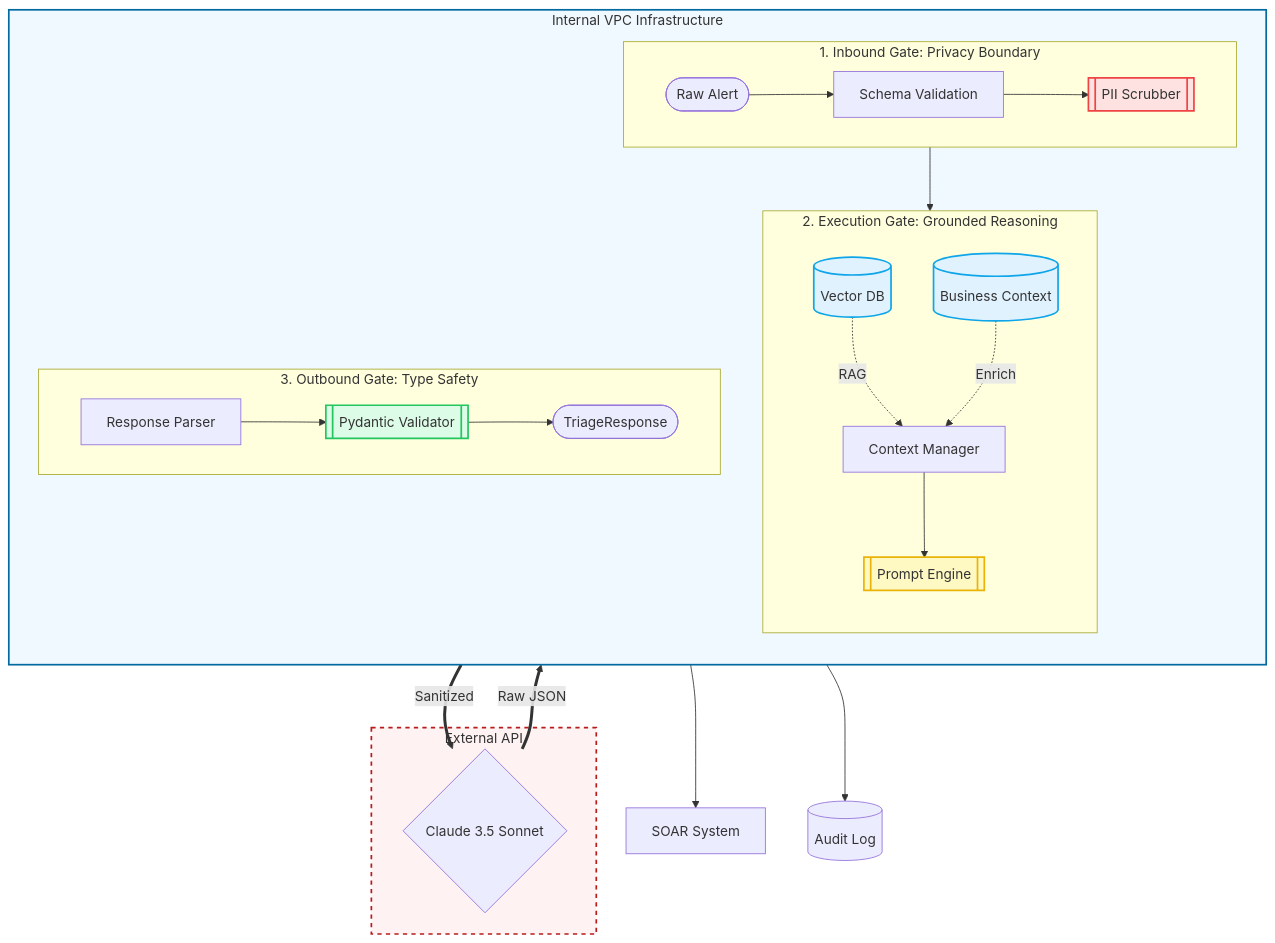
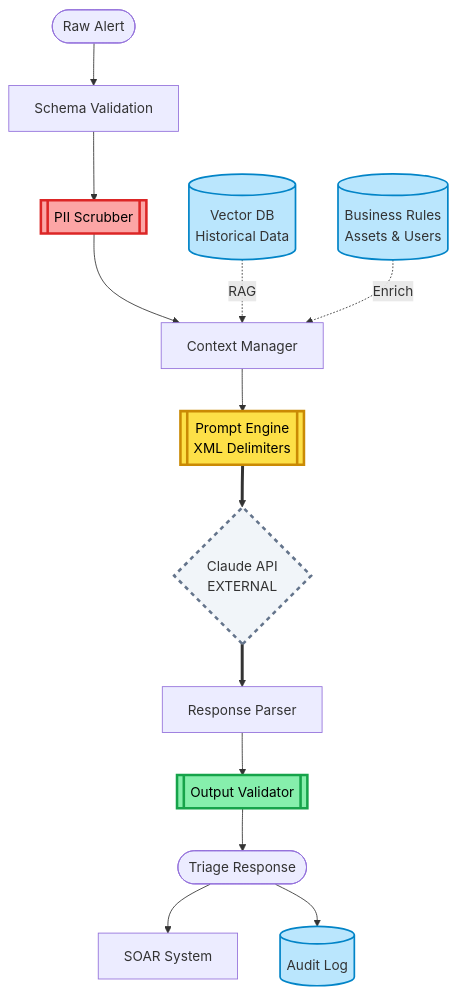
Before and after one commit to mikewolf256/llm-soc-triage: the diagram in README.md, drawn with Mermaid.

Commit message:
Fix diagram rendering with better contrast and spacing
Resolved squished/compressed rendering issues:

Layout Improvements:
- Removed nested subgraphs that caused compression
- Simpler TB (top-bottom) flow for better spacing
- Each node on its own line prevents overlap
- Added line breaks in node labels for readability

Contrast Enhancements:
- Brighter, more saturated colors for gates
- Darker stroke colors (3px width) for visibility
- Black text (color:#000) on all colored gates
- Higher contrast between background and borders

Visual Clarity:
- PII Scrubber: Bright red (#fca5a5) with dark red border
- Prompt Engine: Bright yellow (#fde047) with dark border
- Output Validator: Bright green (#86efac) with dark border
- Storage nodes: Light blue (#bae6fd) for consistency
- External API: Gray with dashed border (5 5 pattern)

Result: Clean, readable diagram that renders properly across
all viewers with high contrast and proper spacing.

````diff
--- a/README.md
+++ b/README.md
@@ -34,45 +34,31 @@
 ```mermaid
-flowchart TD
-    classDef gate_in fill:#fee2e2,stroke:#ef4444,stroke-width:2px
-    classDef gate_exec fill:#fef9c3,stroke:#eab308,stroke-width:2px
-    classDef gate_out fill:#dcfce7,stroke:#22c55e,stroke-width:2px
-    classDef storage fill:#e0f2fe,stroke:#0ea5e9,stroke-width:2px
-
-    subgraph Internal [" Internal VPC Infrastructure "]
-        direction TB
-
-        subgraph Inbound ["1. Inbound Gate: Privacy Boundary"]
-            direction LR
-            A([Raw Alert]) --> Val1[Schema Validation]
-            Val1 --> Scrub[[PII Scrubber]]:::gate_in
-        end
-
-        subgraph Reasoning ["2. Execution Gate: Grounded Reasoning"]
-            direction TB
-            
-            Scrub --> Context[Context Manager]
-            VDB[(Vector DB)]:::storage -.->|RAG| Context
-            BIZ[(Business Context)]:::storage -.->|Enrich| Context
-            Context --> Prompt[[Prompt Engine]]:::gate_exec
-        end
-
-        subgraph Outbound ["3. Outbound Gate: Type Safety"]
-            direction LR
-            Parse[Response Parser] --> Val2[[Pydantic Validator]]:::gate_out
-            Val2 --> Final([TriageResponse])
-        end
-    end
-
-    subgraph External [" External API "]
-        LLM{Claude 3.5 Sonnet}
-    end
-
-    Prompt ==>|Sanitized| LLM
-    LLM ==>|Raw JSON| Parse
+flowchart TB
+    A([Raw Alert]) --> B[Schema Validation]
+    B --> C[[PII Scrubber]]
     
-    Final --> SOAR[SOAR System]
-    Final --> Audit[(Audit Log)]
+    C --> D[Context Manager]
     
-    style Internal fill:#f0f9ff,stroke:#0369a1,stroke-width:2px
-    style External fill:#fef2f2,stroke:#b91c1c,stroke-width:2px,stroke-dasharray: 5 5
+    VDB[(Vector DB<br/>Historical Data)] -.->|RAG| D
+    BIZ[(Business Rules<br/>Assets & Users)] -.->|Enrich| D
+    
+    D --> E[[Prompt Engine<br/>XML Delimiters]]
+    
+    E ==> F{Claude API<br/>EXTERNAL}
+    
+    F ==> G[Response Parser]
+    
+    G --> H[[Output Validator]]
+    
+    H --> I([Triage Response])
+    
+    I --> J[SOAR System]
+    I --> K[(Audit Log)]
+    
+    style C fill:#fca5a5,stroke:#dc2626,stroke-width:3px,color:#000
+    style E fill:#fde047,stroke:#ca8a04,stroke-width:3px,color:#000
+    style H fill:#86efac,stroke:#16a34a,stroke-width:3px,color:#000
+    style F fill:#f1f5f9,stroke:#64748b,stroke-width:3px,stroke-dasharray:5 5
+    style VDB fill:#bae6fd,stroke:#0284c7,stroke-width:2px
+    style BIZ fill:#bae6fd,stroke:#0284c7,stroke-width:2px
+    style K fill:#bae6fd,stroke:#0284c7,stroke-width:2px
 ```
````
